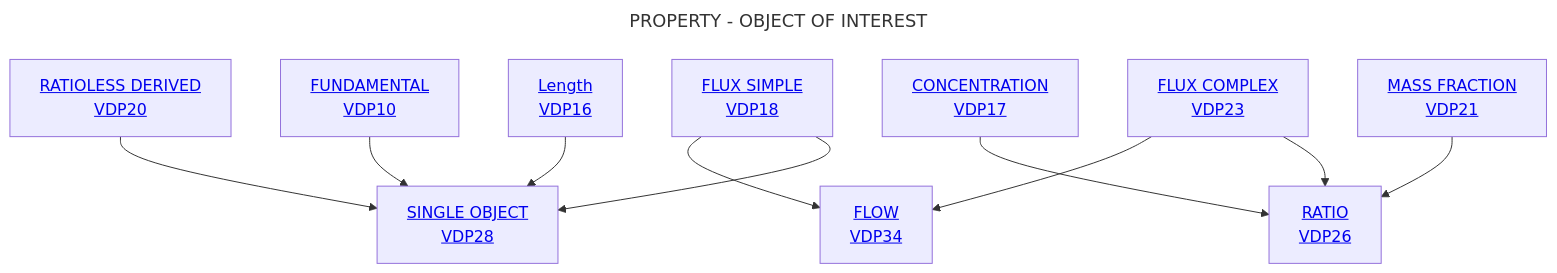
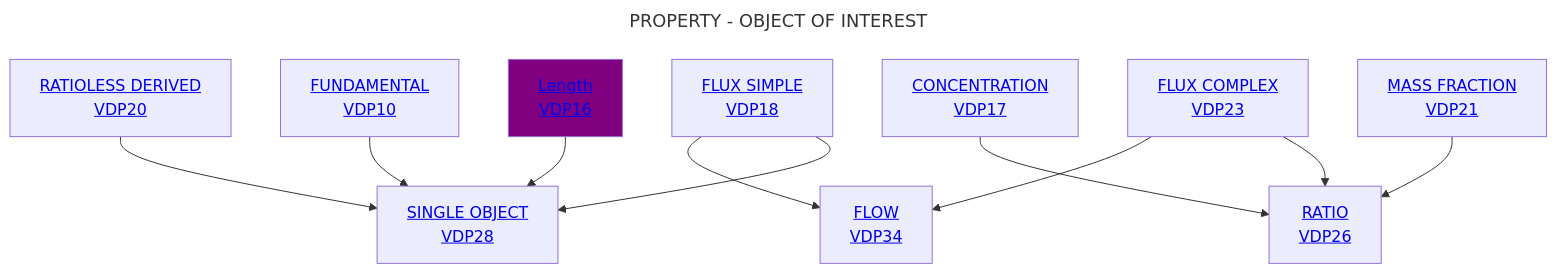
The diagram in Decisition_trees/DT6.mmd (mabablue/I-ADOPT-patterns-playground), drawn with Mermaid before and after one commit.

```diff
--- a/Decisition_trees/DT6.mmd
+++ b/Decisition_trees/DT6.mmd
@@ -1,13 +1,15 @@
 ---
 title: PROPERTY - OBJECT OF INTEREST
 ---
 flowchart TD
-    A[<a href='https://github.com/mabablue/I-ADOPT-patterns-playground/blob/main/pattern/VDP16.yaml'>Length <br> VDP16</a>] --> C[<a href='https://github.com/mabablue/I-ADOPT-patterns-playground/blob/main/pattern/VDP16.yaml'>SINGLE OBJECT <br> VDP28</a>]
+    A[<a href='https://github.com/mabablue/I-ADOPT-patterns-playground/blob/main/pattern/VDP16.yaml'>Length <br> VDP16</a>]:::purple --> C[<a href='https://github.com/mabablue/I-ADOPT-patterns-playground/blob/main/pattern/VDP16.yaml'>SINGLE OBJECT <br> VDP28</a>]
     B[<a href='https://github.com/mabablue/I-ADOPT-patterns-playground/blob/main/pattern/VDP10.yaml'>FUNDAMENTAL <br> VDP10</a>]  --> C
     D[<a href='https://github.com/mabablue/I-ADOPT-patterns-playground/blob/main/pattern/VDP10.yaml'>RATIOLESS DERIVED <br> VDP20</a>] --> C
     L[<a href='https://github.com/mabablue/I-ADOPT-patterns-playground/blob/main/pattern/VDP10.yaml'>MASS FRACTION <br> VDP21</a>] --> F[<a href='https://github.com/mabablue/I-ADOPT-patterns-playground/blob/main/pattern/VDP16.yaml'>RATIO <br> VDP26</a>]
     M[<a href='https://github.com/mabablue/I-ADOPT-patterns-playground/blob/main/pattern/VDP10.yaml'>CONCENTRATION <br> VDP17</a>] --> F
     H[<a href='https://github.com/mabablue/I-ADOPT-patterns-playground/blob/main/pattern/VDP10.yaml'>FLUX SIMPLE <br> VDP18</a>] --> C
     I[<a href='https://github.com/mabablue/I-ADOPT-patterns-playground/blob/main/pattern/VDP10.yaml'>FLUX COMPLEX <br> VDP23</a>] --> F
     H --> K[<a href='https://github.com/mabablue/I-ADOPT-patterns-playground/blob/main/pattern/VDP10.yaml'>FLOW <br> VDP34</a>] 
     I --> K
+
+   classDef purple fill:#800080
```
